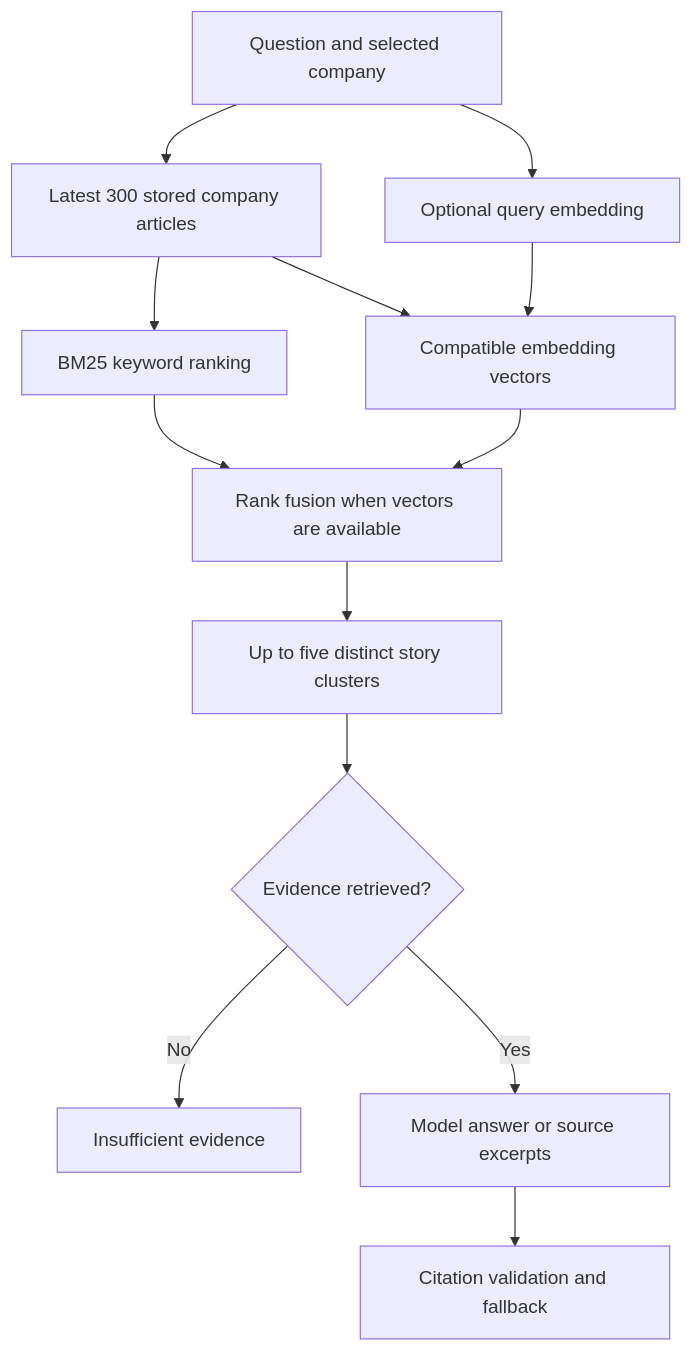
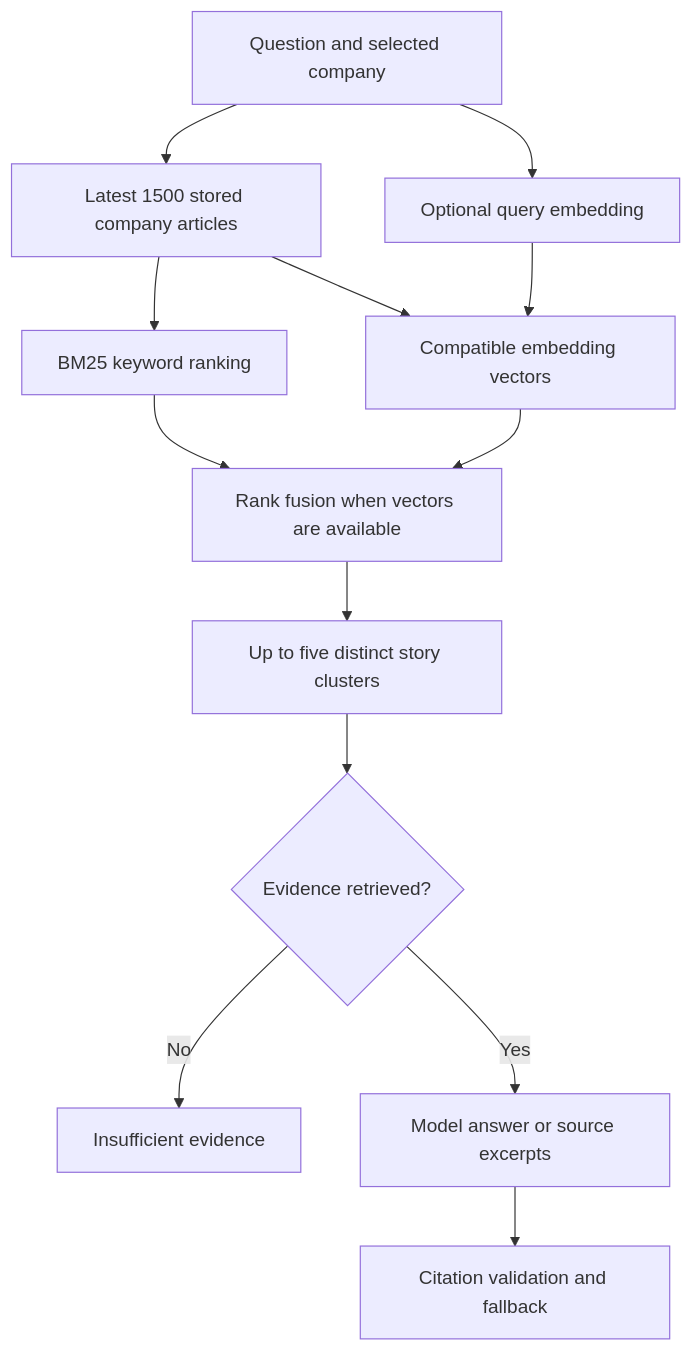
One commit to Praveenraj1618/company-lens changed the third of 3 diagrams in docs/architecture.md. Above: the diagram before and after it, drawn with Mermaid. The commit also changed other lines of this file and 2 other files, not shown here.

Commit message:
Document cloud architecture, AI context limits and historical recovery

````diff
--- a/docs/architecture.md
+++ b/docs/architecture.md
@@ -113,15 +113,15 @@
 ```mermaid
 flowchart TD
-  Q["Question and selected company"] --> Corpus["Latest 300 stored company articles"]
+  Q["Question and selected company"] --> Corpus["Latest 1500 stored company articles"]
   Corpus --> BM25["BM25 keyword ranking"]
   Corpus --> Dense["Compatible embedding vectors"]
   Q --> QueryVector["Optional query embedding"]
   QueryVector --> Dense
   BM25 --> Merge["Rank fusion when vectors are available"]
   Dense --> Merge
   Merge --> Context["Up to five distinct story clusters"]
   Context --> Enough{"Evidence retrieved?"}
   Enough -->|"No"| Abstain["Insufficient evidence"]
   Enough -->|"Yes"| Answer["Model answer or source excerpts"]
   Answer --> Validate["Citation validation and fallback"]
 ```
````
